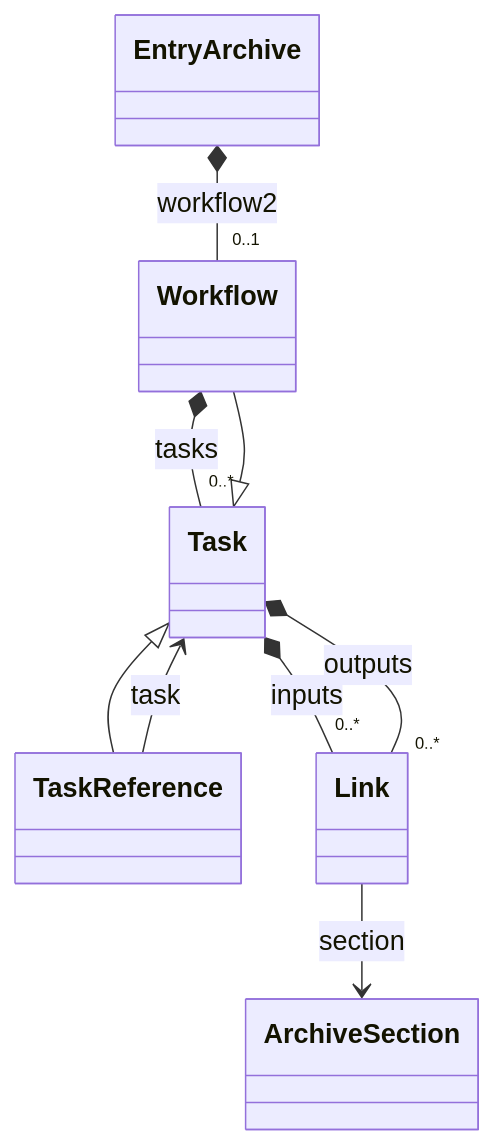
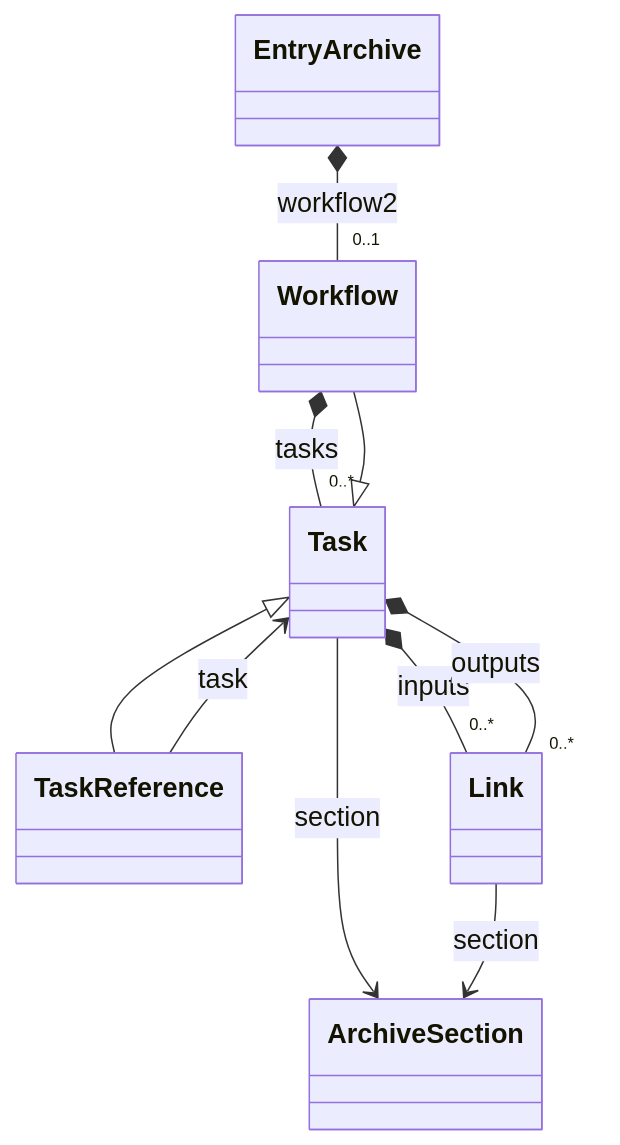
Before and after one commit to FAIRmat-NFDI/nomad-docs: the first of 2 diagrams in docs/explanation/workflows.md, drawn with Mermaid. The commit also changed other lines of this file, not shown here.

````diff
--- a/docs/explanation/workflows.md
+++ b/docs/explanation/workflows.md
@@ -28,20 +28,21 @@
 ```mermaid
 %%{init: {"themeVariables": {"fontSize": "18px"}}}%%
 classDiagram
     direction TB
     class EntryArchive
     class Workflow
     class Task
     class TaskReference
     class Link
     class ArchiveSection
 
     EntryArchive *-- "0..1" Workflow : workflow2
     Task <|-- Workflow
     Task <|-- TaskReference
     Workflow *-- "0..*" Task : tasks
     Task *-- "0..*" Link : inputs
     Task *-- "0..*" Link : outputs
     TaskReference --> Task : task
+    Task --> ArchiveSection : section
     Link --> ArchiveSection : section
 ```
````
